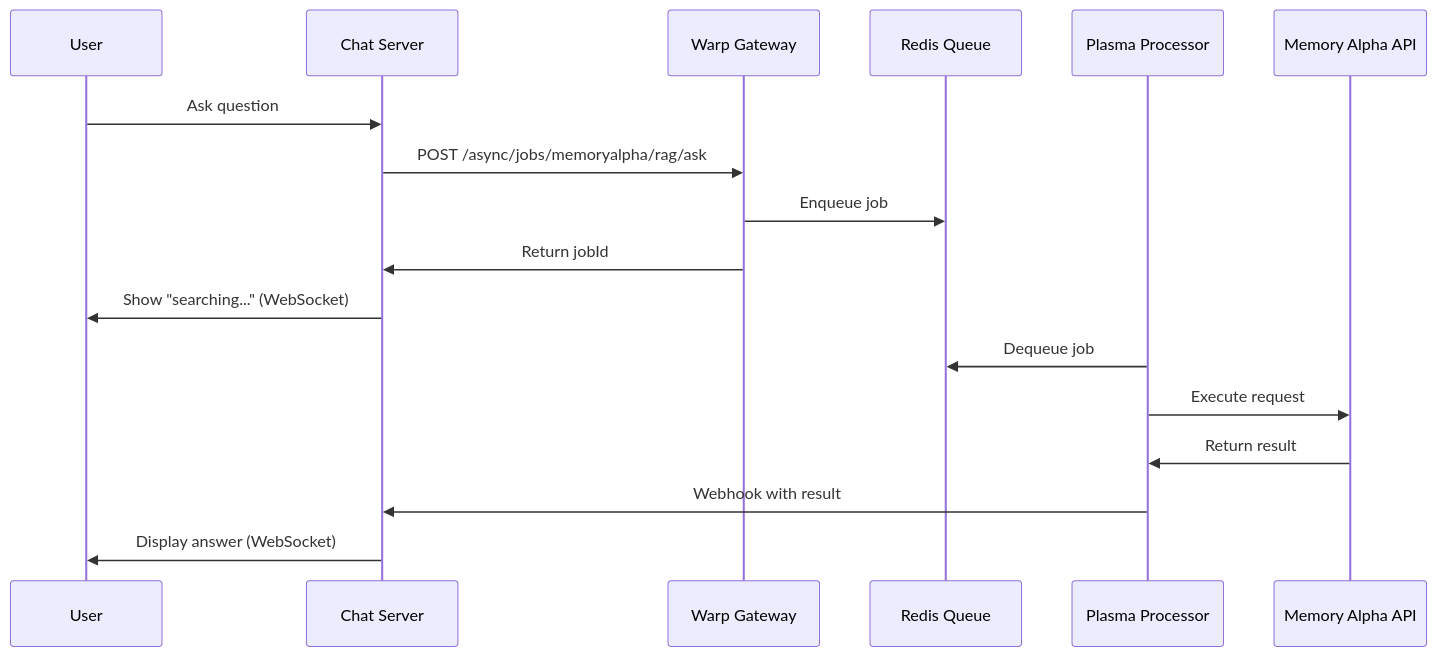
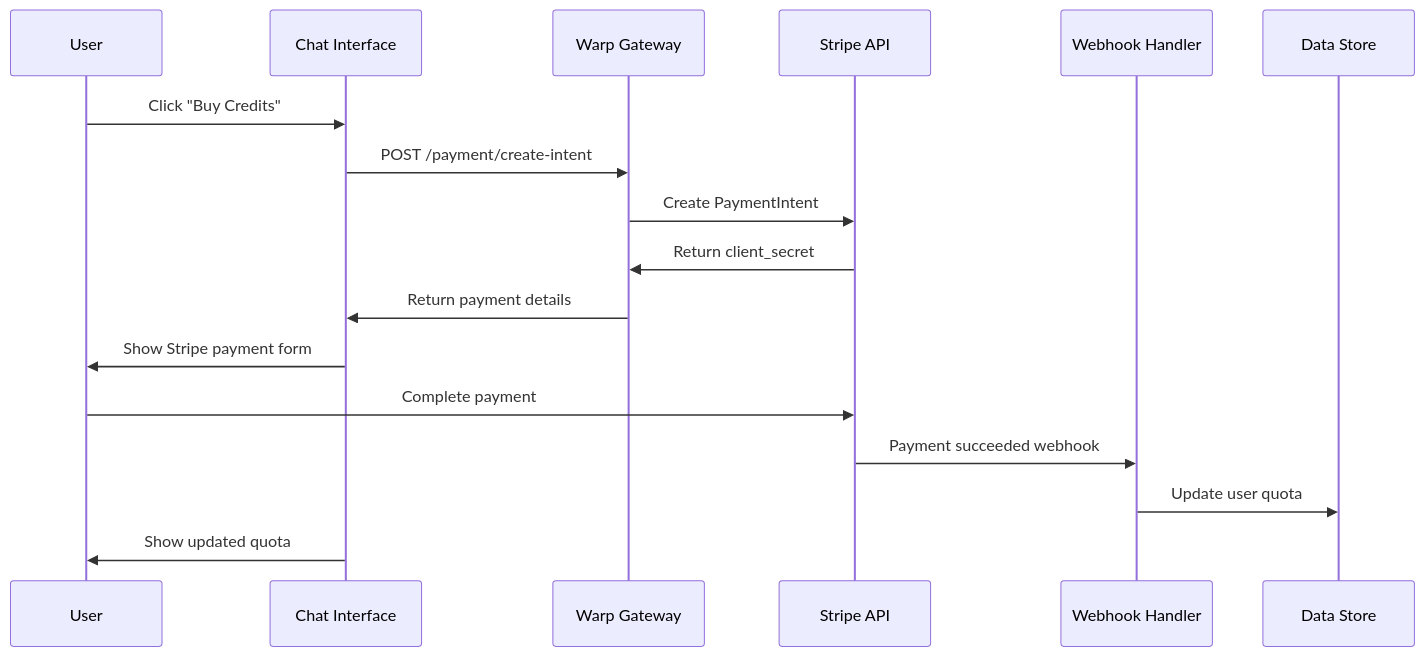
One commit to aniongithub/warp changed the diagram in examples/monetization/README.md. Above: the diagram before and after it, drawn with Mermaid. The commit also changed other lines of this file and 16 other files, not shown here.

````diff
--- a/examples/monetization/README.md
+++ b/examples/monetization/README.md
@@ -11,21 +32,21 @@
 ```mermaid
 sequenceDiagram
     participant User as User
-    participant Chat as Chat Server
+    participant Chat as Chat Interface
     participant Warp as Warp Gateway
-    participant Redis as Redis Queue
-    participant Plasma as Plasma Processor
-    participant API as Memory Alpha API
+    participant Stripe as Stripe API
+    participant Webhook as Webhook Handler
+    participant DB as Data Store
 
-    User->>Chat: Ask question
-    Chat->>Warp: POST /async/jobs/memoryalpha/rag/ask
-    Warp->>Redis: Enqueue job
-    Warp->>Chat: Return jobId
-    Chat->>User: Show "searching..." (WebSocket)
-  
-    Plasma->>Redis: Dequeue job
-    Plasma->>API: Execute request
-    API->>Plasma: Return result
-    Plasma->>Chat: Webhook with result
-    Chat->>User: Display answer (WebSocket)
+    User->>Chat: Click "Buy Credits"
+    Chat->>Warp: POST /payment/create-intent
+    Warp->>Stripe: Create PaymentIntent
+    Stripe->>Warp: Return client_secret
+    Warp->>Chat: Return payment details
+    
+    Chat->>User: Show Stripe payment form
+    User->>Stripe: Complete payment
+    Stripe->>Webhook: Payment succeeded webhook
+    Webhook->>DB: Update user quota
+    Chat->>User: Show updated quota
 ```
````
